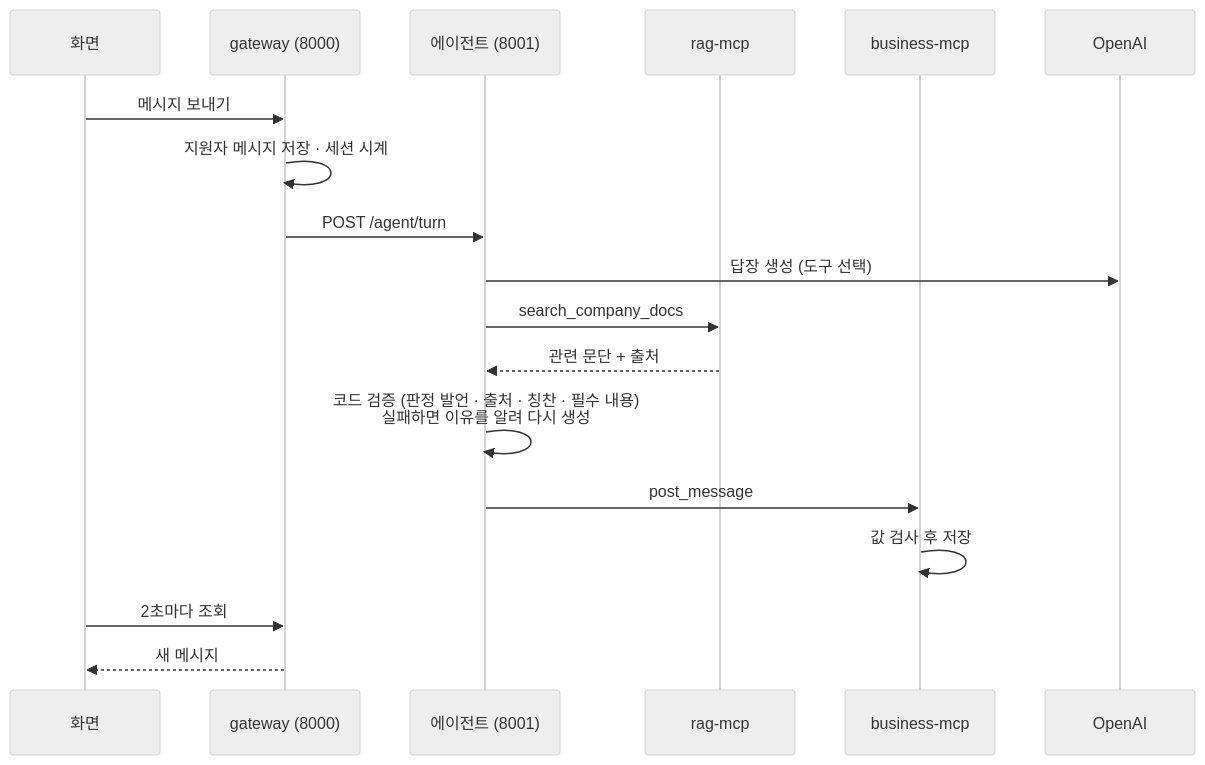
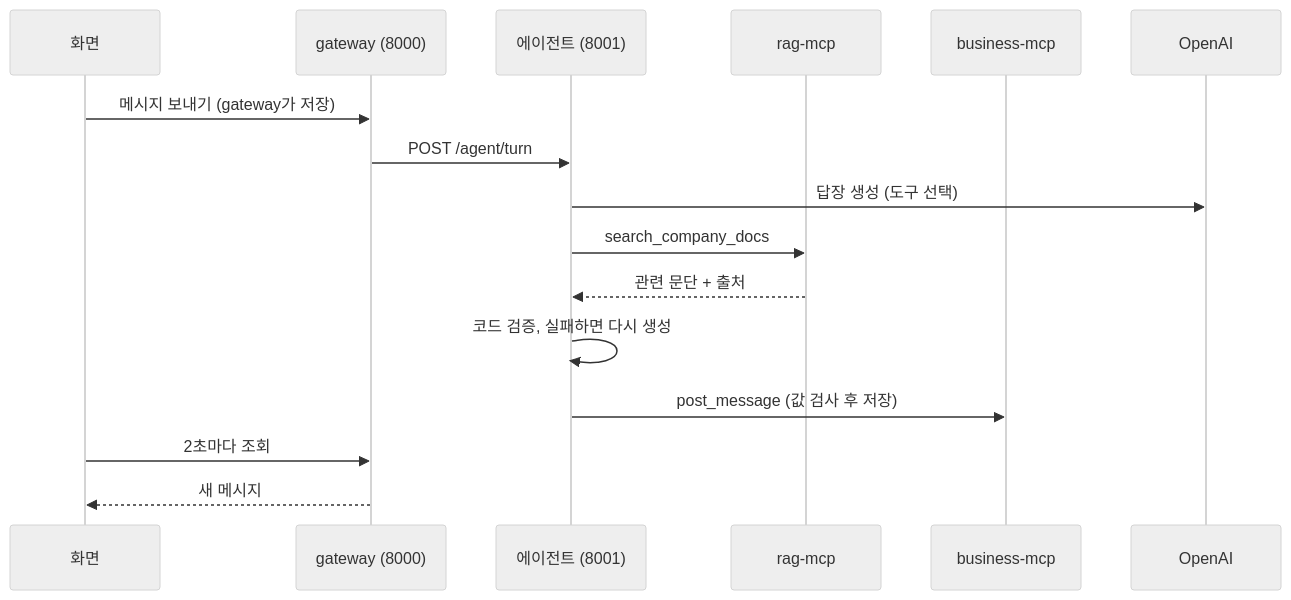
One commit to SKALA-AI-meeting/DayZer0_ahrdyrxkddhfl changed the second of 2 diagrams in README.md. Above: the diagram before and after it, drawn with Mermaid. The commit also changed other lines of this file, not shown here.

````diff
--- a/README.md
+++ b/README.md
@@ -116,22 +106,20 @@
 ```mermaid
 %%{init: {"theme": "neutral"}}%%
 sequenceDiagram
     participant FE as 화면
     participant GW as gateway (8000)
     participant AG as 에이전트 (8001)
     participant RAG as rag-mcp
     participant BIZ as business-mcp
     participant LLM as OpenAI
 
-    FE->>GW: 메시지 보내기
-    GW->>GW: 지원자 메시지 저장 · 세션 시계
+    FE->>GW: 메시지 보내기 (gateway가 저장)
     GW->>AG: POST /agent/turn
     AG->>LLM: 답장 생성 (도구 선택)
     AG->>RAG: search_company_docs
     RAG-->>AG: 관련 문단 + 출처
-    AG->>AG: 코드 검증 (판정 발언 · 출처 · 칭찬 · 필수 내용)<br/>실패하면 이유를 알려 다시 생성
-    AG->>BIZ: post_message
-    BIZ->>BIZ: 값 검사 후 저장
+    AG->>AG: 코드 검증, 실패하면 다시 생성
+    AG->>BIZ: post_message (값 검사 후 저장)
     FE->>GW: 2초마다 조회
     GW-->>FE: 새 메시지
 ```
````
